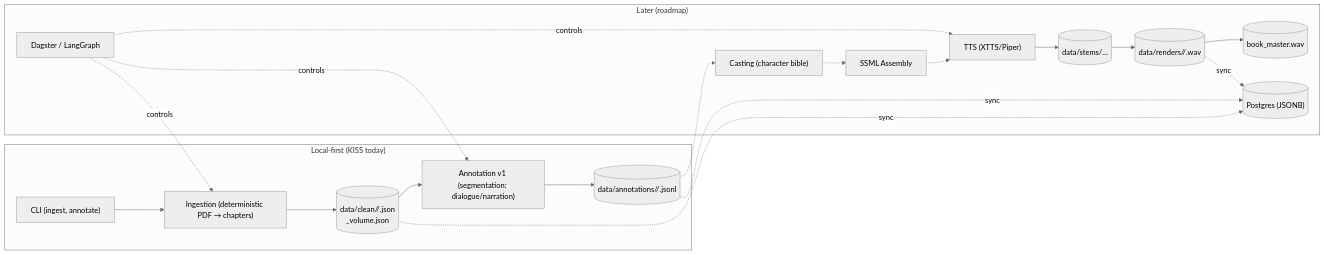
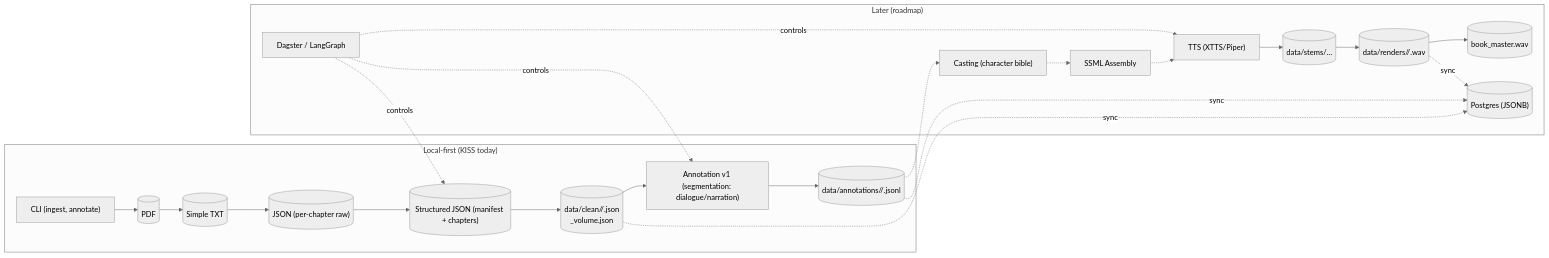
Before and after one commit to jwardwell7077/agent-audiobook-maker: the diagram in README.md, drawn with Mermaid (neutral theme). The commit also changed 1 other file, not shown here.

Commit message:
docs(architecture): show explicit PDF → simple TXT → JSON → structured JSON pipeline in Mermaid diagrams

````diff
--- a/README.md
+++ b/README.md
@@ -39,32 +39,36 @@
 ```mermaid
 flowchart LR
   subgraph Dev["Local-first (KISS today)"]
     CLI["CLI (ingest, annotate)"]
-    Ingest["Ingestion (deterministic PDF → chapters)"]
+    PDF[("PDF")]
+    TXT[("Simple TXT")]
+    JSONRaw[("JSON (per-chapter raw)")]
+    JSONStruct[("Structured JSON (manifest + chapters)")]
     Annot["Annotation v1 (segmentation: dialogue/narration)"]
     Clean[("data/clean/<book>/<chapter>.json\n<pdf_stem>_volume.json")]
     Annos[("data/annotations/<book>/<chapter>.jsonl")]
   end
 
-  CLI --> Ingest --> Clean --> Annot --> Annos
+  CLI --> PDF --> TXT --> JSONRaw --> JSONStruct --> Clean
+  Clean --> Annot --> Annos
 
   subgraph Later["Later (roadmap)"]
     Casting["Casting (character bible)"]
     SSML["SSML Assembly"]
     TTS["TTS (XTTS/Piper)"]
     Stems[("data/stems/…")]
     Renders[("data/renders/<book>/<chapter>.wav")]
     Master[("book_master.wav")]
     Orchestrator["Dagster / LangGraph"]
     DB[("Postgres (JSONB)")]
   end
 
   Annos -.-> Casting -.-> SSML -.-> TTS --> Stems --> Renders --> Master
-  Orchestrator -.controls.-> Ingest
+  Orchestrator -.controls.-> JSONStruct
   Orchestrator -.controls.-> Annot
   Orchestrator -.controls.-> TTS
 
   Clean -.sync.-> DB
   Annos -.sync.-> DB
   Renders -.sync.-> DB
 ```
````
